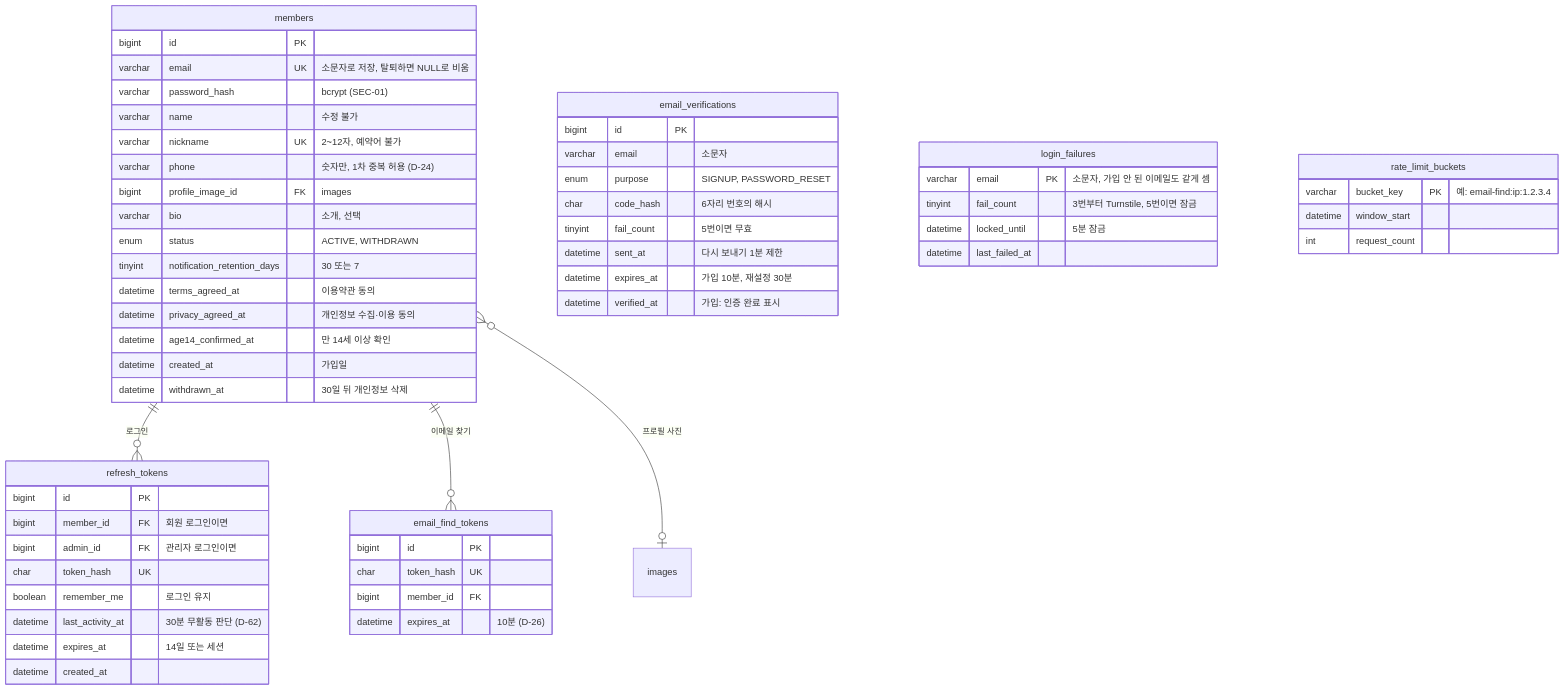
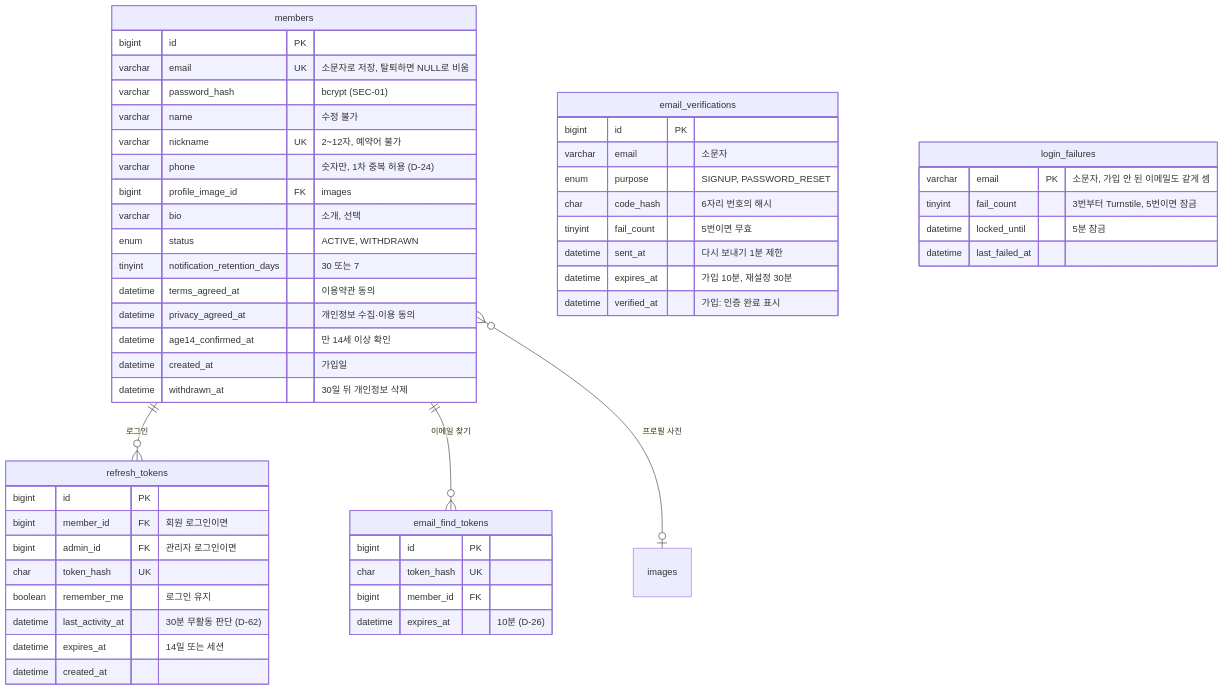
Before and after one commit to blogNM/blogproject: the second of 6 diagrams in docs/04-design/ERD.md, drawn with Mermaid. The commit also changed other lines of this file, not shown here.

````diff
--- a/docs/04-design/ERD.md
+++ b/docs/04-design/ERD.md
@@ -46,61 +47,56 @@
 ```mermaid
 erDiagram
     members {
         bigint id PK
         varchar email UK "소문자로 저장, 탈퇴하면 NULL로 비움"
         varchar password_hash "bcrypt (SEC-01)"
         varchar name "수정 불가"
         varchar nickname UK "2~12자, 예약어 불가"
         varchar phone "숫자만, 1차 중복 허용 (D-24)"
         bigint profile_image_id FK "images"
         varchar bio "소개, 선택"
         enum status "ACTIVE, WITHDRAWN"
         tinyint notification_retention_days "30 또는 7"
         datetime terms_agreed_at "이용약관 동의"
         datetime privacy_agreed_at "개인정보 수집·이용 동의"
         datetime age14_confirmed_at "만 14세 이상 확인"
         datetime created_at "가입일"
         datetime withdrawn_at "30일 뒤 개인정보 삭제"
     }
     email_verifications {
         bigint id PK
         varchar email "소문자"
         enum purpose "SIGNUP, PASSWORD_RESET"
         char code_hash "6자리 번호의 해시"
         tinyint fail_count "5번이면 무효"
         datetime sent_at "다시 보내기 1분 제한"
         datetime expires_at "가입 10분, 재설정 30분"
         datetime verified_at "가입: 인증 완료 표시"
     }
     email_find_tokens {
         bigint id PK
         char token_hash UK
         bigint member_id FK
         datetime expires_at "10분 (D-26)"
     }
     refresh_tokens {
         bigint id PK
         bigint member_id FK "회원 로그인이면"
         bigint admin_id FK "관리자 로그인이면"
         char token_hash UK
         boolean remember_me "로그인 유지"
         datetime last_activity_at "30분 무활동 판단 (D-62)"
         datetime expires_at "14일 또는 세션"
         datetime created_at
     }
     login_failures {
         varchar email PK "소문자, 가입 안 된 이메일도 같게 셈"
         tinyint fail_count "3번부터 Turnstile, 5번이면 잠금"
         datetime locked_until "5분 잠금"
         datetime last_failed_at
     }
-    rate_limit_buckets {
-        varchar bucket_key PK "예: email-find:ip:1.2.3.4"
-        datetime window_start
-        int request_count
-    }
 
     members ||--o{ refresh_tokens : "로그인"
     members ||--o{ email_find_tokens : "이메일 찾기"
     members }o--o| images : "프로필 사진"
 ```
````
